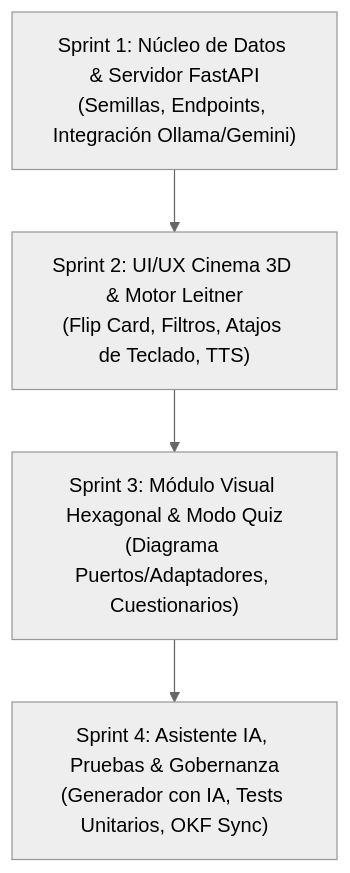
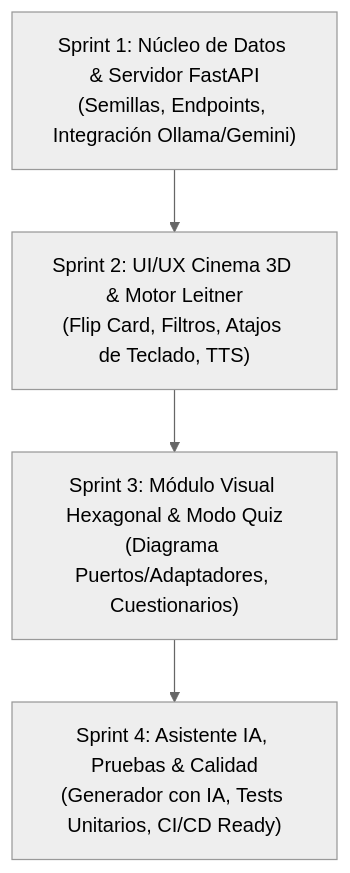
Before and after one commit to Mileidys10/devcards_ai: the diagram in BACKLOG.md, drawn with Mermaid (neutral theme). The commit also changed other lines of this file and 3 other files, not shown here.

````diff
--- a/BACKLOG.md
+++ b/BACKLOG.md
@@ -119,9 +119,9 @@
 ```mermaid
 graph TD
     S1["Sprint 1: Núcleo de Datos & Servidor FastAPI<br/>(Semillas, Endpoints, Integración Ollama/Gemini)"]
     S2["Sprint 2: UI/UX Cinema 3D & Motor Leitner<br/>(Flip Card, Filtros, Atajos de Teclado, TTS)"]
     S3["Sprint 3: Módulo Visual Hexagonal & Modo Quiz<br/>(Diagrama Puertos/Adaptadores, Cuestionarios)"]
-    S4["Sprint 4: Asistente IA, Pruebas & Gobernanza<br/>(Generador con IA, Tests Unitarios, OKF Sync)"]
+    S4["Sprint 4: Asistente IA, Pruebas & Calidad<br/>(Generador con IA, Tests Unitarios, CI/CD Ready)"]
 
     S1 --> S2 --> S3 --> S4
 ```
````
